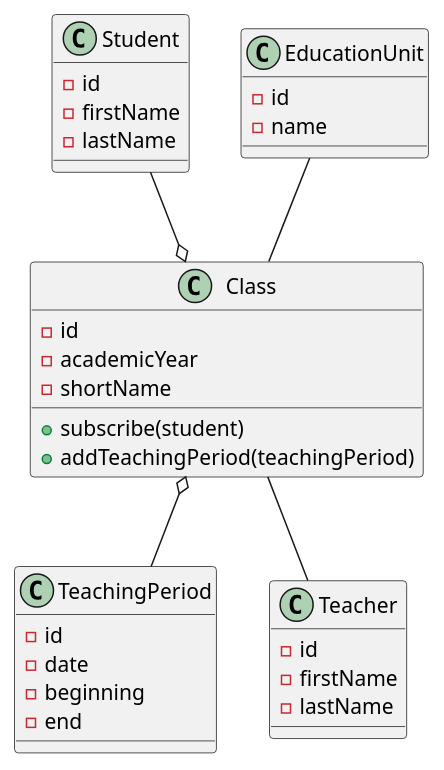
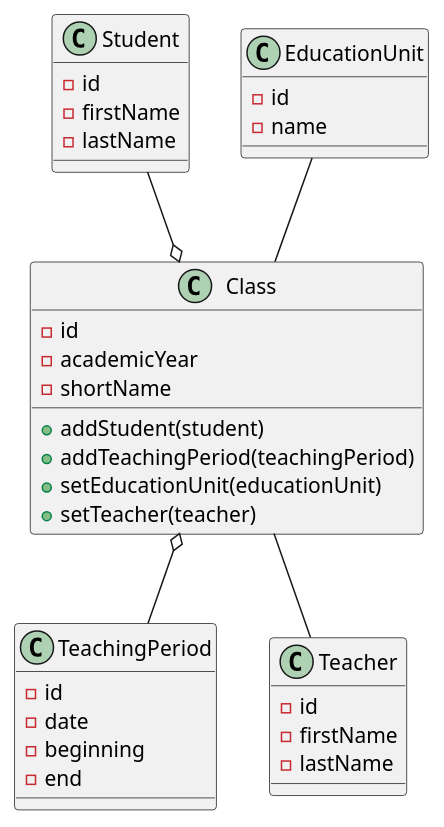
One commit to hassan-vn/MonProjetDemo changed the diagram in uml_diagrams.puml. Above: the diagram before and after it, drawn with PlantUML. The commit also changed 1 other file, not shown here.

Commit message:
Update UML diagram.

```diff
--- a/uml_diagrams.puml
+++ b/uml_diagrams.puml
@@ -1,39 +1,41 @@
 @startuml class_diagram
 class Student {
     -id
     -firstName
     -lastName
 }
 
 class Class {
     -id
     -academicYear
     -shortName
-    +subscribe(student)
+    +addStudent(student)
     +addTeachingPeriod(teachingPeriod)
+    +setEducationUnit(educationUnit)
+    +setTeacher(teacher)
 }
 
 class TeachingPeriod {
     -id
     -date
     -beginning
     -end
 }
 
 class EducationUnit {
     -id
     -name
 }
 
 class Teacher {
     -id
     -firstName
     -lastName
 }
 
 Student --o Class
 Class -- Teacher
 EducationUnit -- Class
 Class o-- TeachingPeriod
 
 @enduml
```
